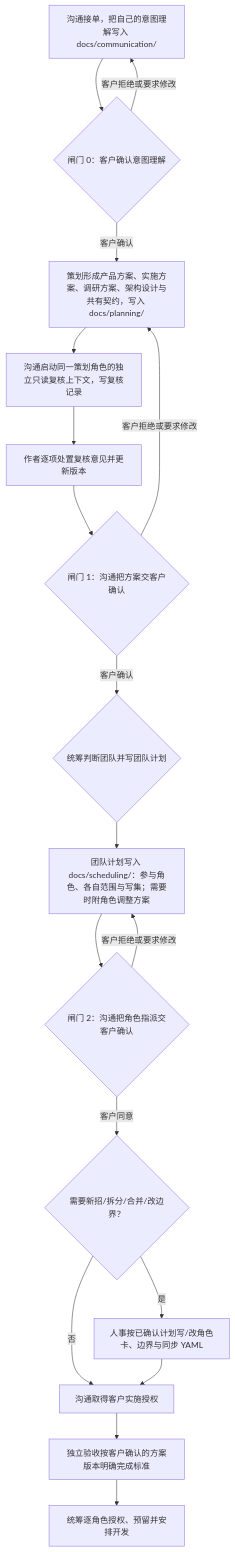
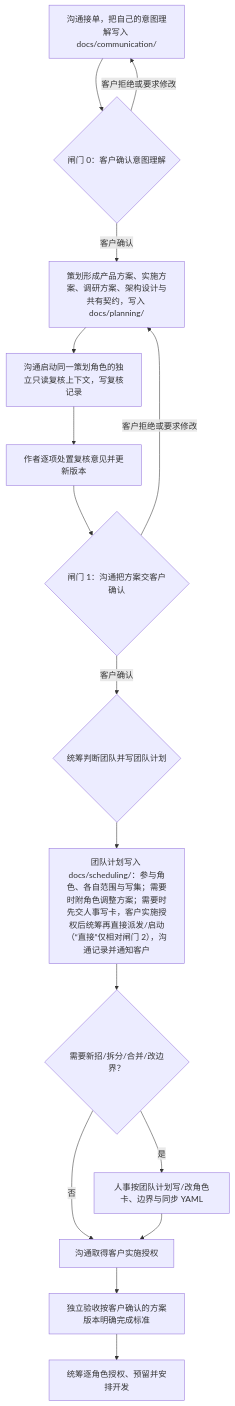
One commit to wangzhongren/ans-skill changed the diagram in references/planning-role.md. Above: the diagram before and after it, drawn with Mermaid. The commit also changed other lines of this file and 34 other files, not shown here.

````diff
--- a/references/planning-role.md
+++ b/references/planning-role.md
@@ -81,20 +81,18 @@
 ```mermaid
 flowchart TD
   intake[沟通接单，把自己的意图理解写入 docs/communication/] --> gate0{闸门 0：客户确认意图理解}
   gate0 -->|客户确认| plan[策划形成产品方案、实施方案、调研方案、架构设计与共有契约，写入 docs/planning/]
   gate0 -->|客户拒绝或要求修改| intake
   plan --> review[沟通启动同一策划角色的独立只读复核上下文，写复核记录]
   review --> dispose[作者逐项处置复核意见并更新版本]
   dispose --> gate1{闸门 1：沟通把方案交客户确认}
   gate1 -->|客户确认| judge{统筹判断团队并写团队计划}
   gate1 -->|客户拒绝或要求修改| plan
-  judge --> teamplan[团队计划写入 docs/scheduling/：参与角色、各自范围与写集；需要时附角色调整方案]
-  teamplan --> gate2{闸门 2：沟通把角色指派交客户确认}
-  gate2 -->|客户同意| needrecruit{需要新招/拆分/合并/改边界？}
-  gate2 -->|客户拒绝或要求修改| teamplan
-  needrecruit -->|是| roles[人事按已确认计划写/改角色卡、边界与同步 YAML]
+  judge --> teamplan[团队计划写入 docs/scheduling/：参与角色、各自范围与写集；需要时附角色调整方案；需要时先交人事写卡，客户实施授权后统筹再直接派发/启动（“直接”仅相对闸门 2），沟通记录并通知客户]
+  teamplan --> needrecruit{需要新招/拆分/合并/改边界？}
+  needrecruit -->|是| roles[人事按团队计划写/改角色卡、边界与同步 YAML]
   needrecruit -->|否| authorize[沟通取得客户实施授权]
   roles --> authorize
   authorize --> criteria[独立验收按客户确认的方案版本明确完成标准]
   criteria --> schedule[统筹逐角色授权、预留并安排开发]
 ```
````
